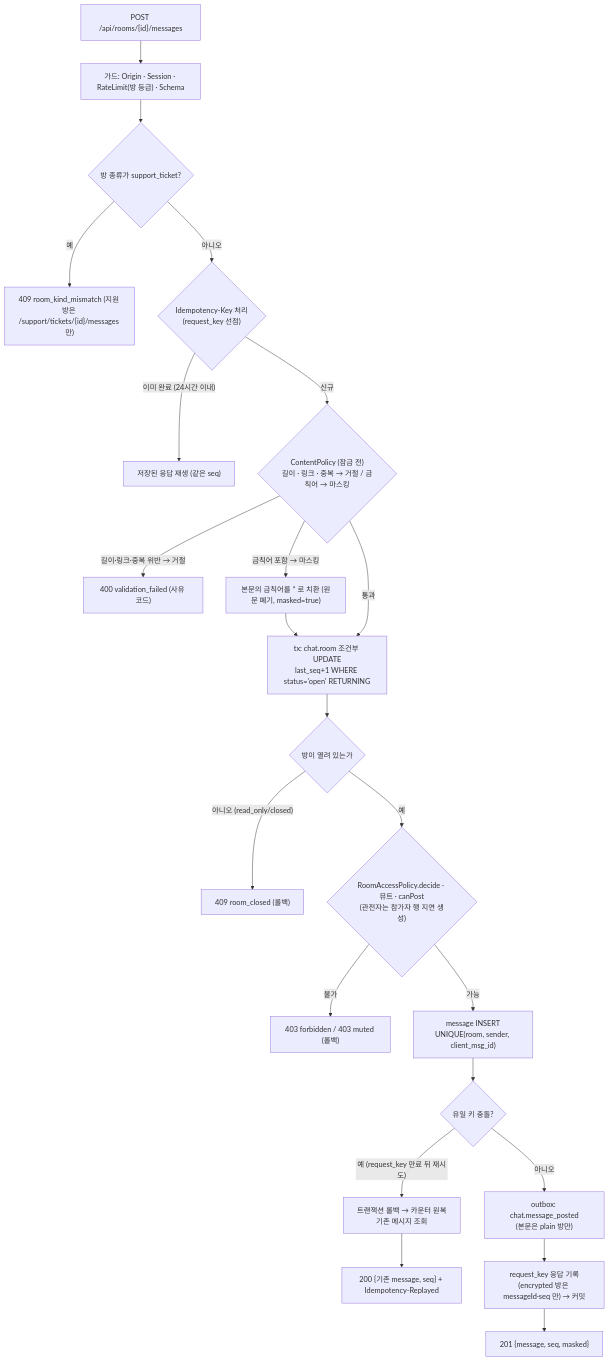
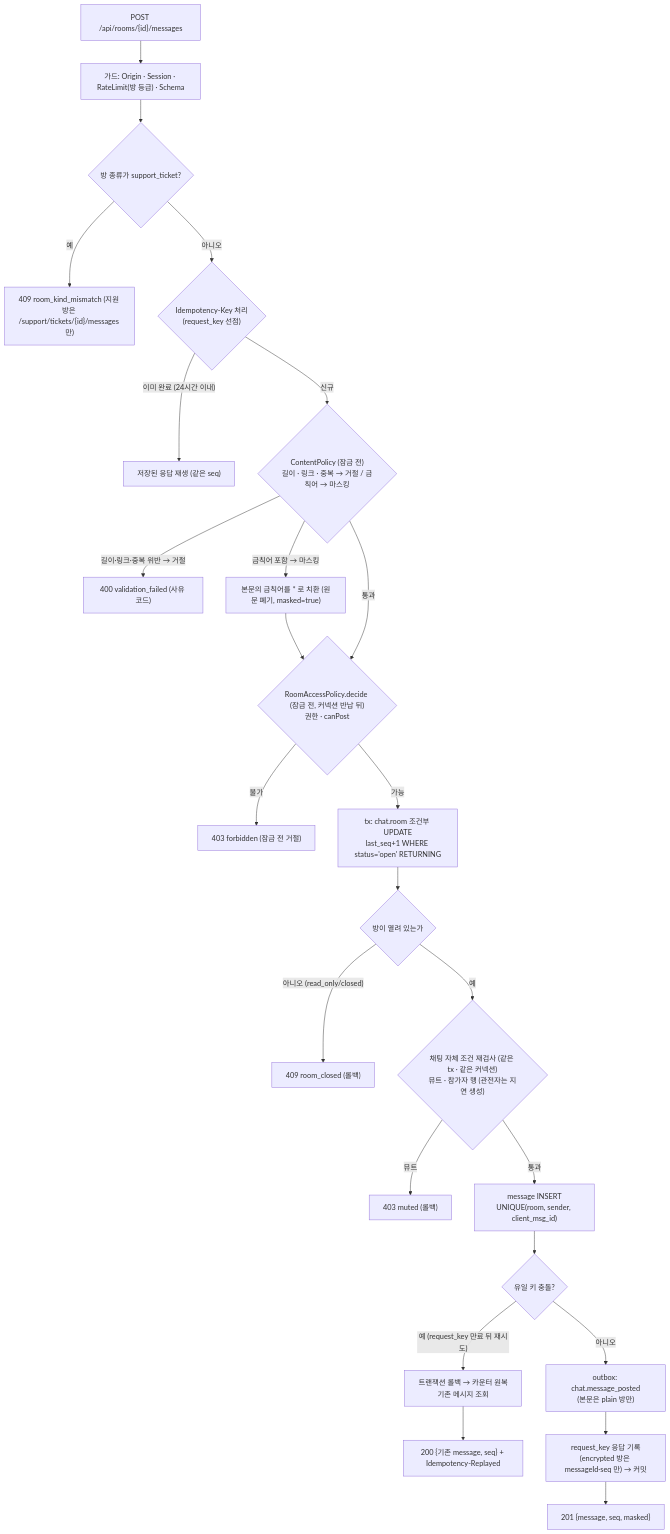
The sixth of 14 diagrams in docs/design/phases/04-chat.md (1985jwlee/portpolio_backend), drawn with Mermaid before and after one commit. The commit also changed other lines of this file and 33 other files, not shown here.

````diff
--- a/docs/design/phases/04-chat.md
+++ b/docs/design/phases/04-chat.md
@@ -324,24 +325,26 @@
 ```mermaid
 flowchart TD
     A["POST /api/rooms/{id}/messages"] --> G["가드: Origin · Session · RateLimit(방 등급) · Schema"]
     G --> W{"방 종류가 support_ticket?"}
     W -- "예" --> E0["409 room_kind_mismatch (지원 방은 /support/tickets/{id}/messages 만)"]
     W -- "아니오" --> K{"Idempotency-Key 처리<br/>(request_key 선점)"}
     K -- "이미 완료 (24시간 이내)" --> RP["저장된 응답 재생 (같은 seq)"]
     K -- "신규" --> C{"ContentPolicy (잠금 전)<br/>길이 · 링크 · 중복 → 거절 / 금칙어 → 마스킹"}
     C -- "길이·링크·중복 위반 → 거절" --> E3["400 validation_failed (사유 코드)"]
     C -- "금칙어 포함 → 마스킹" --> M["본문의 금칙어를 * 로 치환 (원문 폐기, masked=true)"]
-    M --> L
-    C -- "통과" --> L["tx: chat.room 조건부 UPDATE<br/>last_seq+1 WHERE status='open' RETURNING"]
+    M --> P0
+    C -- "통과" --> P0{"RoomAccessPolicy.decide (잠금 전, 커넥션 반납 뒤)<br/>권한 · canPost"}
+    P0 -- "불가" --> E2["403 forbidden (잠금 전 거절)"]
+    P0 -- "가능" --> L["tx: chat.room 조건부 UPDATE<br/>last_seq+1 WHERE status='open' RETURNING"]
     L --> S{"방이 열려 있는가"}
     S -- "아니오 (read_only/closed)" --> E1["409 room_closed (롤백)"]
-    S -- "예" --> P{"RoomAccessPolicy.decide · 뮤트 · canPost<br/>(관전자는 참가자 행 지연 생성)"}
-    P -- "불가" --> E2["403 forbidden / 403 muted (롤백)"]
-    P -- "가능" --> I["message INSERT<br/>UNIQUE(room, sender, client_msg_id)"]
+    S -- "예" --> P{"채팅 자체 조건 재검사 (같은 tx · 같은 커넥션)<br/>뮤트 · 참가자 행 (관전자는 지연 생성)"}
+    P -- "뮤트" --> E4["403 muted (롤백)"]
+    P -- "통과" --> I["message INSERT<br/>UNIQUE(room, sender, client_msg_id)"]
     I --> D{"유일 키 충돌?"}
     D -- "예 (request_key 만료 뒤 재시도)" --> RB["트랜잭션 롤백 → 카운터 원복<br/>기존 메시지 조회"]
     RB --> RE["200 {기존 message, seq} + Idempotency-Replayed"]
     D -- "아니오" --> O["outbox: chat.message_posted<br/>(본문은 plain 방만)"]
     O --> R["request_key 응답 기록<br/>(encrypted 방은 messageId·seq 만) → 커밋"]
     R --> OK["201 {message, seq, masked}"]
 ```
````
